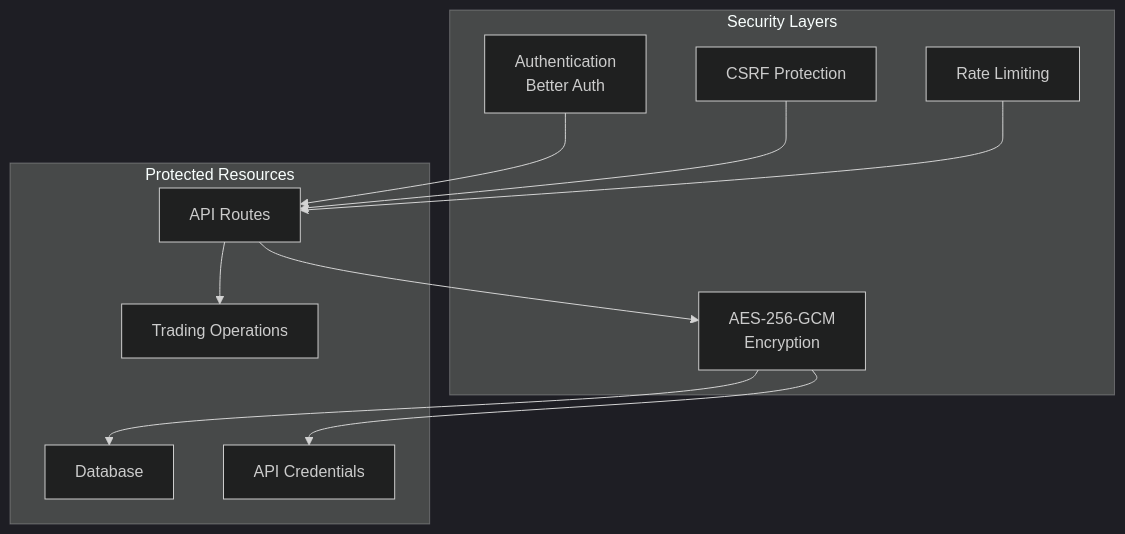
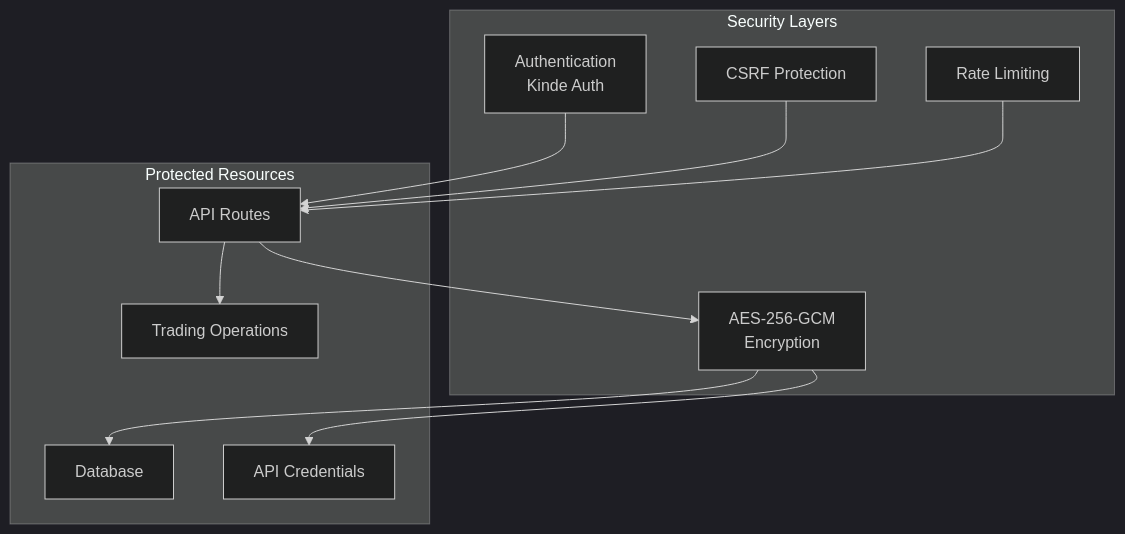
Before and after one commit to RyanLisse/mexc-sniper-bot: the sixth of 10 diagrams in docs/architecture/ARCHITECTURE_DIAGRAM.md, drawn with Mermaid (dark theme). The commit also changed other lines of this file and 63 other files, not shown here.

````diff
--- a/docs/architecture/ARCHITECTURE_DIAGRAM.md
+++ b/docs/architecture/ARCHITECTURE_DIAGRAM.md
@@ -214,24 +214,24 @@
 ```mermaid
 flowchart TB
     subgraph "Security Layers"
-        Auth[Authentication<br/>Better Auth]
+        Auth[Authentication<br/>Kinde Auth]
         CSRF[CSRF Protection]
         RateLimit[Rate Limiting]
         Encryption[AES-256-GCM<br/>Encryption]
     end
 
     subgraph "Protected Resources"
         API[API Routes]
         DB[Database]
         Creds[API Credentials]
         Trading[Trading Operations]
     end
 
     Auth --> API
     CSRF --> API
     RateLimit --> API
     API --> Encryption
     Encryption --> DB
     Encryption --> Creds
     API --> Trading
 ```
````
